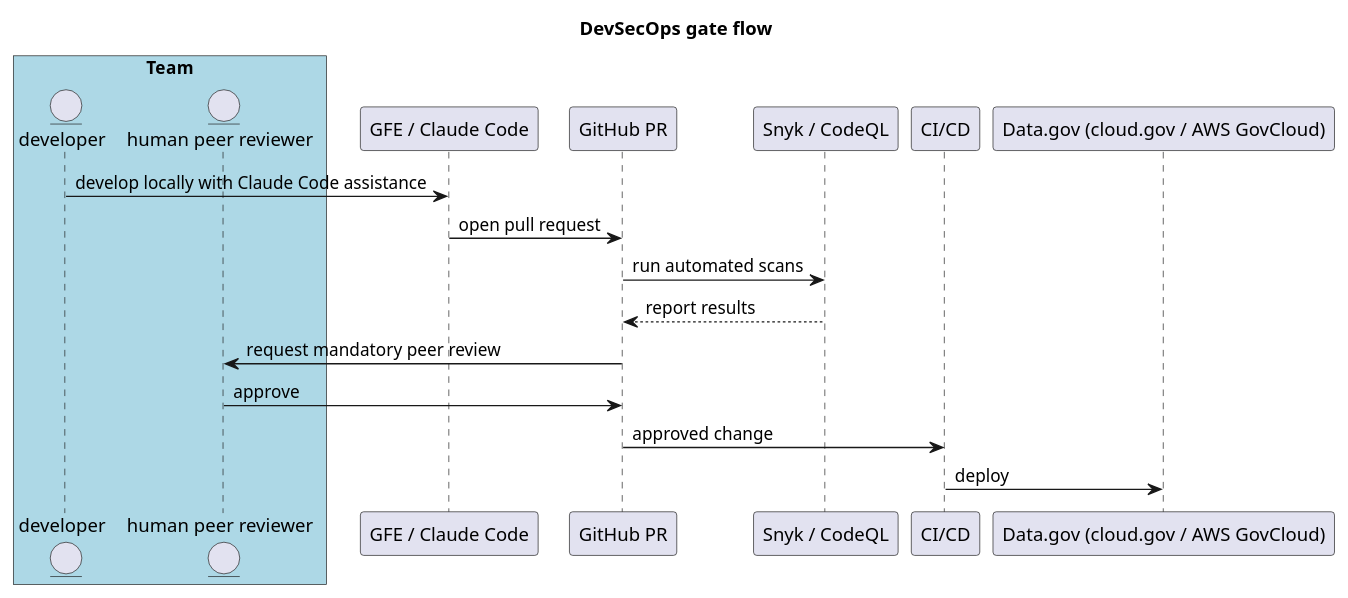
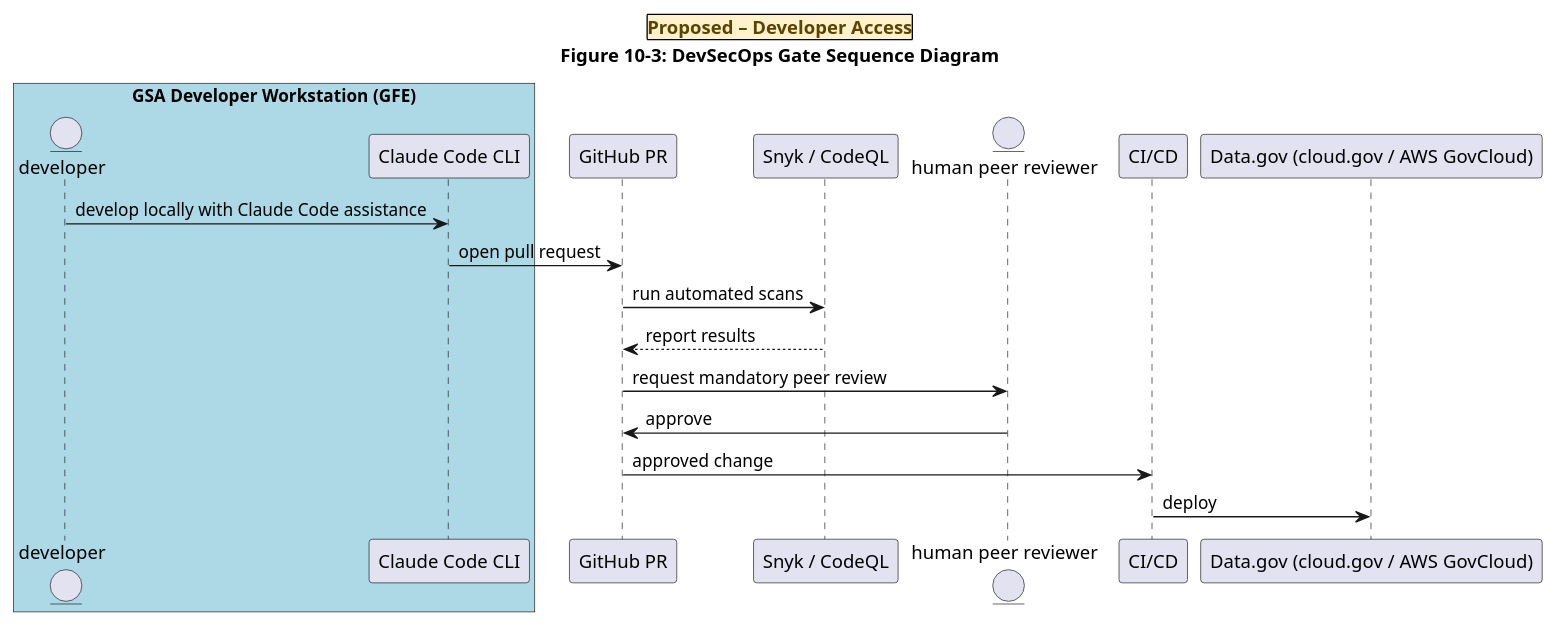
Before and after one commit to GSA/datagov-compliance: the second of 2 diagrams in generic/developer-ai-data-flow.md, drawn with PlantUML. The commit also changed other lines of this file and 2 other files, not shown here.

````diff
--- a/generic/developer-ai-data-flow.md
+++ b/generic/developer-ai-data-flow.md
@@ -35,23 +45,26 @@
 ```plantuml
 @startuml
-title DevSecOps gate flow
-box "Team" #LightBlue
+title
+|<#FFF2CC><color:#5B4300><b>Proposed &#8211; Developer Access</b></color>|
+Figure 10-3: DevSecOps Gate Sequence Diagram
+end title
+box "GSA Developer Workstation (GFE)" #LightBlue
     entity "developer" as dev
-    entity "human peer reviewer" as reviewer
+    participant "Claude Code CLI" as gfe
 end box
-participant "GFE / Claude Code" as gfe
 participant "GitHub PR" as pr
 participant "Snyk / CodeQL" as scans
+entity "human peer reviewer" as reviewer
 participant "CI/CD" as cicd
 participant "Data.gov (cloud.gov / AWS GovCloud)" as datagov
 
 dev -> gfe : develop locally with Claude Code assistance
 gfe -> pr : open pull request
 pr -> scans : run automated scans
 scans --> pr : report results
 pr -> reviewer : request mandatory peer review
 reviewer -> pr : approve
 pr -> cicd : approved change
 cicd -> datagov : deploy
 @enduml
 ```
````
